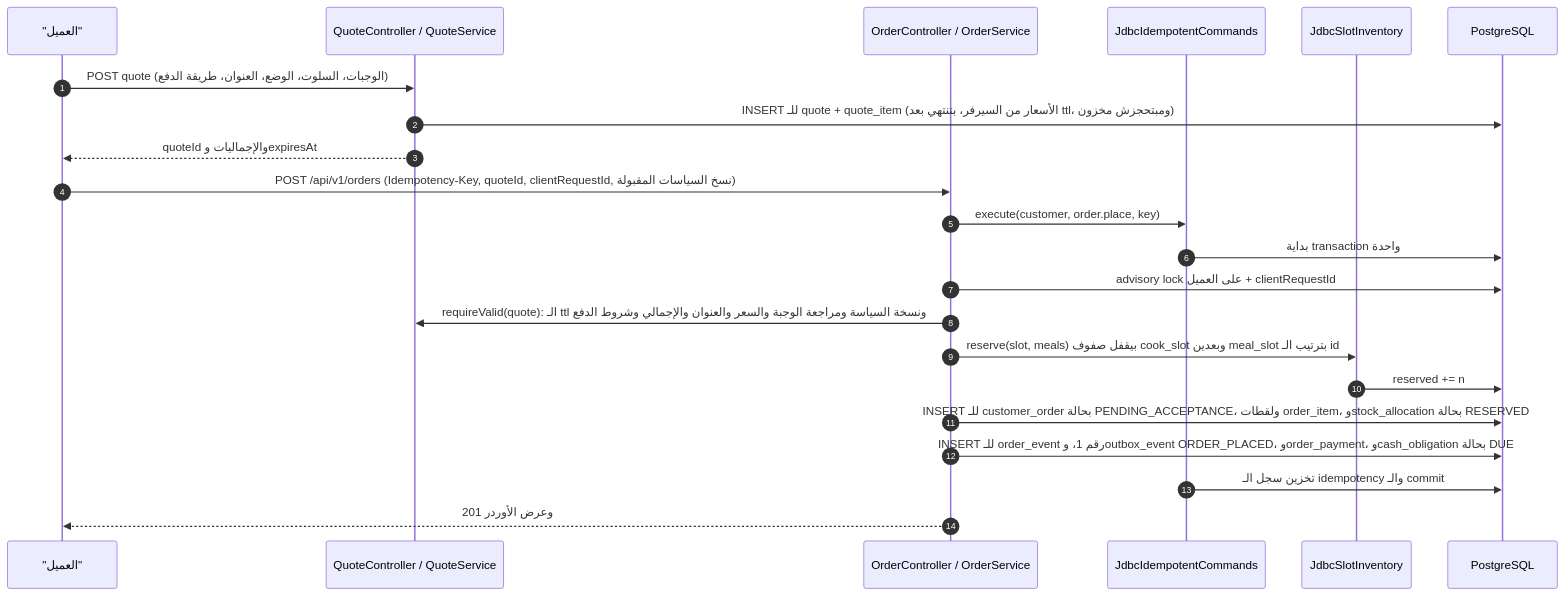
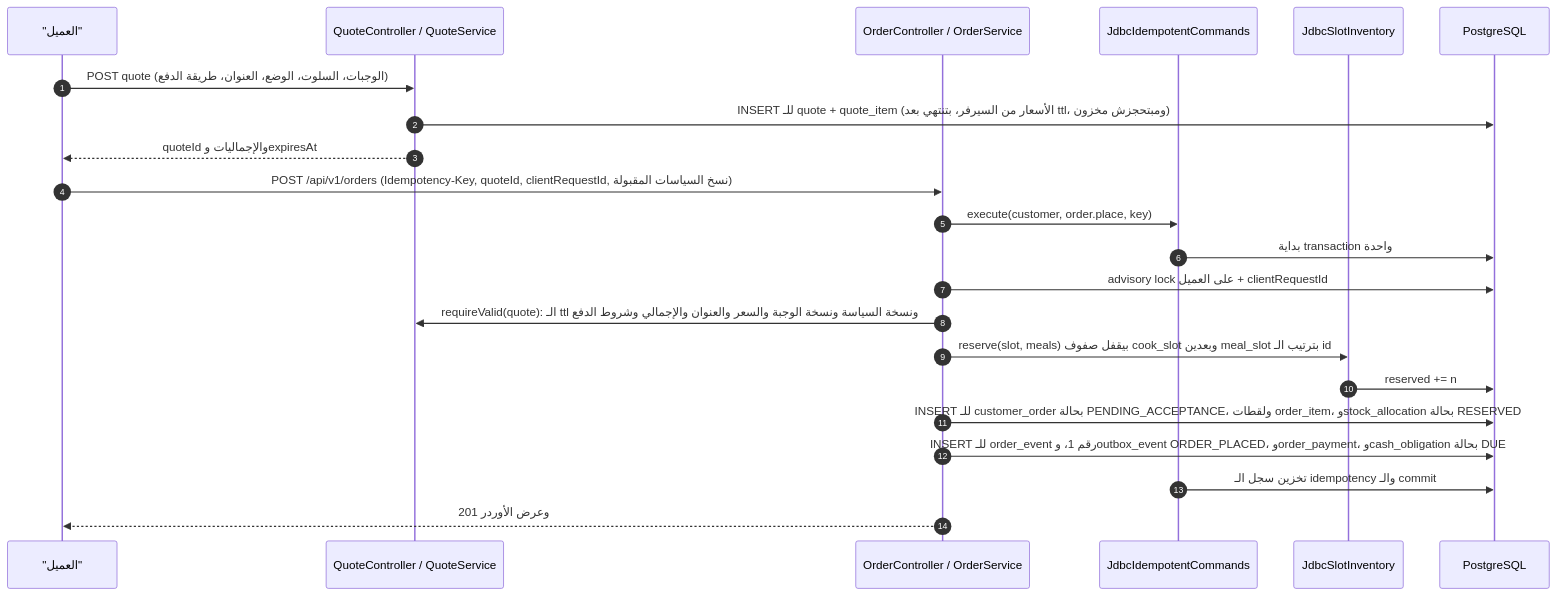
Before and after one commit to afawzy70/Matbakhy-v1: the eighth of 14 diagrams in docs/developer-handbook/03-architecture/diagrams-ar.md, drawn with Mermaid. The commit also changed other lines of this file and 33 other files, not shown here.

````diff
--- a/docs/developer-handbook/03-architecture/diagrams-ar.md
+++ b/docs/developer-handbook/03-architecture/diagrams-ar.md
@@ -228,24 +228,24 @@
 ```mermaid
 sequenceDiagram
     autonumber
     participant C as "العميل"
     participant Q as QuoteController / QuoteService
     participant O as OrderController / OrderService
     participant I as JdbcIdempotentCommands
     participant S as JdbcSlotInventory
     participant D as PostgreSQL
     C->>Q: POST quote (الوجبات، السلوت، الوضع، العنوان، طريقة الدفع)
     Q->>D: INSERT للـ quote + quote_item (الأسعار من السيرفر، بتنتهي بعد ttl، ومبتحجزش مخزون)
     Q-->>C: quoteId والإجماليات وexpiresAt
     C->>O: POST /api/v1/orders (Idempotency-Key, quoteId, clientRequestId, نسخ السياسات المقبولة)
     O->>I: execute(customer, order.place, key)
     I->>D: بداية transaction واحدة
     O->>D: advisory lock على العميل + clientRequestId
-    O->>Q: requireValid(quote): الـ ttl ونسخة السياسة ومراجعة الوجبة والسعر والعنوان والإجمالي وشروط الدفع
+    O->>Q: requireValid(quote): الـ ttl ونسخة السياسة ونسخة الوجبة والسعر والعنوان والإجمالي وشروط الدفع
     O->>S: reserve(slot, meals) بيقفل صفوف cook_slot وبعدين meal_slot بترتيب الـ id
     S->>D: reserved += n
     O->>D: INSERT للـ customer_order بحالة PENDING_ACCEPTANCE، ولقطات order_item، وstock_allocation بحالة RESERVED
     O->>D: INSERT للـ order_event رقم 1، وoutbox_event ORDER_PLACED، وorder_payment، وcash_obligation بحالة DUE
     I->>D: تخزين سجل الـ idempotency والـ commit
     O-->>C: 201 وعرض الأوردر
 ```
````
